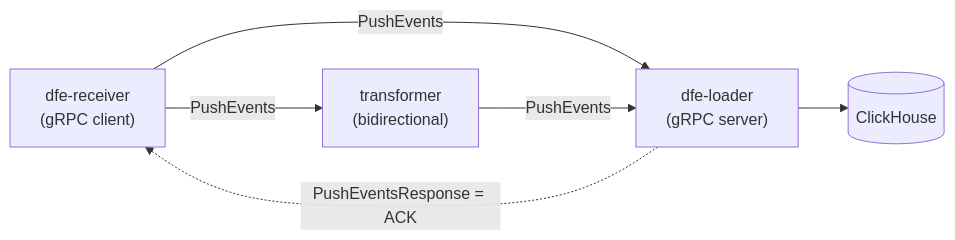
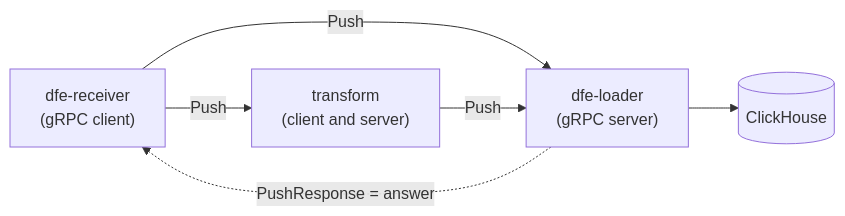
Before and after one commit to hyperi-io/dfe-loader: the diagram in docs/transport/grpc.md, drawn with Mermaid. The commit also changed other lines of this file and 1 other file, not shown here.

````diff
--- a/docs/transport/grpc.md
+++ b/docs/transport/grpc.md
@@ -34,13 +19,13 @@
 ```mermaid
 flowchart LR
     R["dfe-receiver<br/>(gRPC client)"]
-    T["transformer<br/>(bidirectional)"]
+    T["transform<br/>(client and server)"]
     L["dfe-loader<br/>(gRPC server)"]
     CH[("ClickHouse")]
 
-    R -->|PushEvents| L
-    R -->|PushEvents| T
-    T -->|PushEvents| L
+    R -->|Push| L
+    R -->|Push| T
+    T -->|Push| L
     L --> CH
-    L -.PushEventsResponse = ACK.-> R
+    L -.PushResponse = answer.-> R
 ```
````
